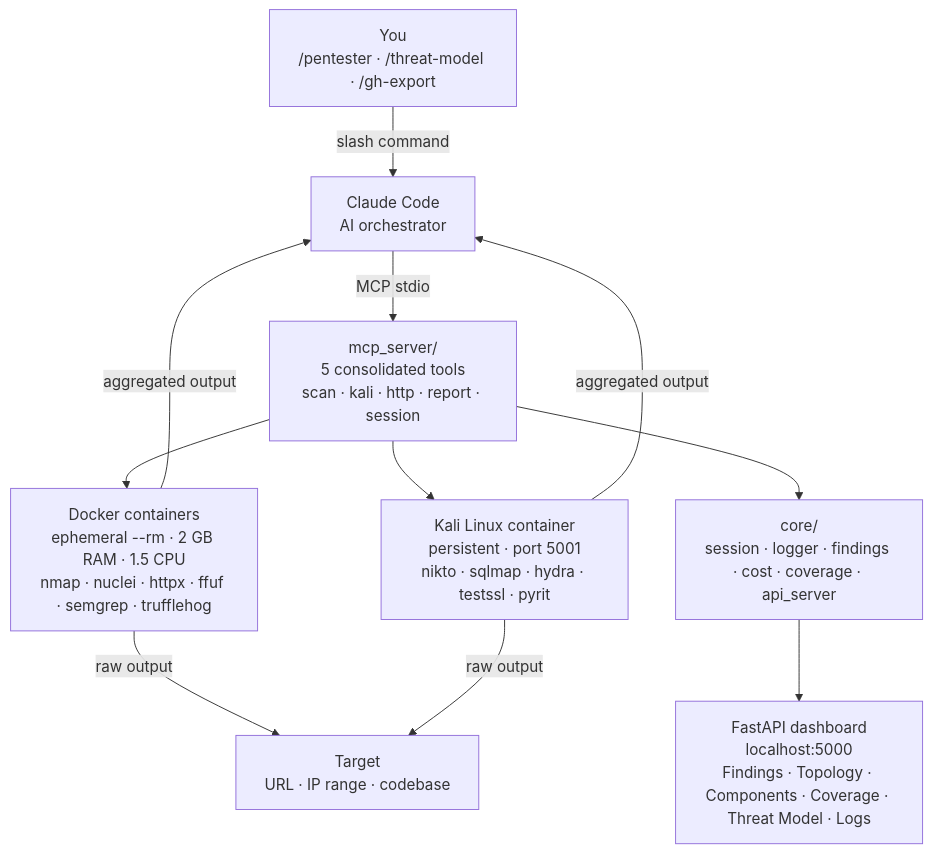
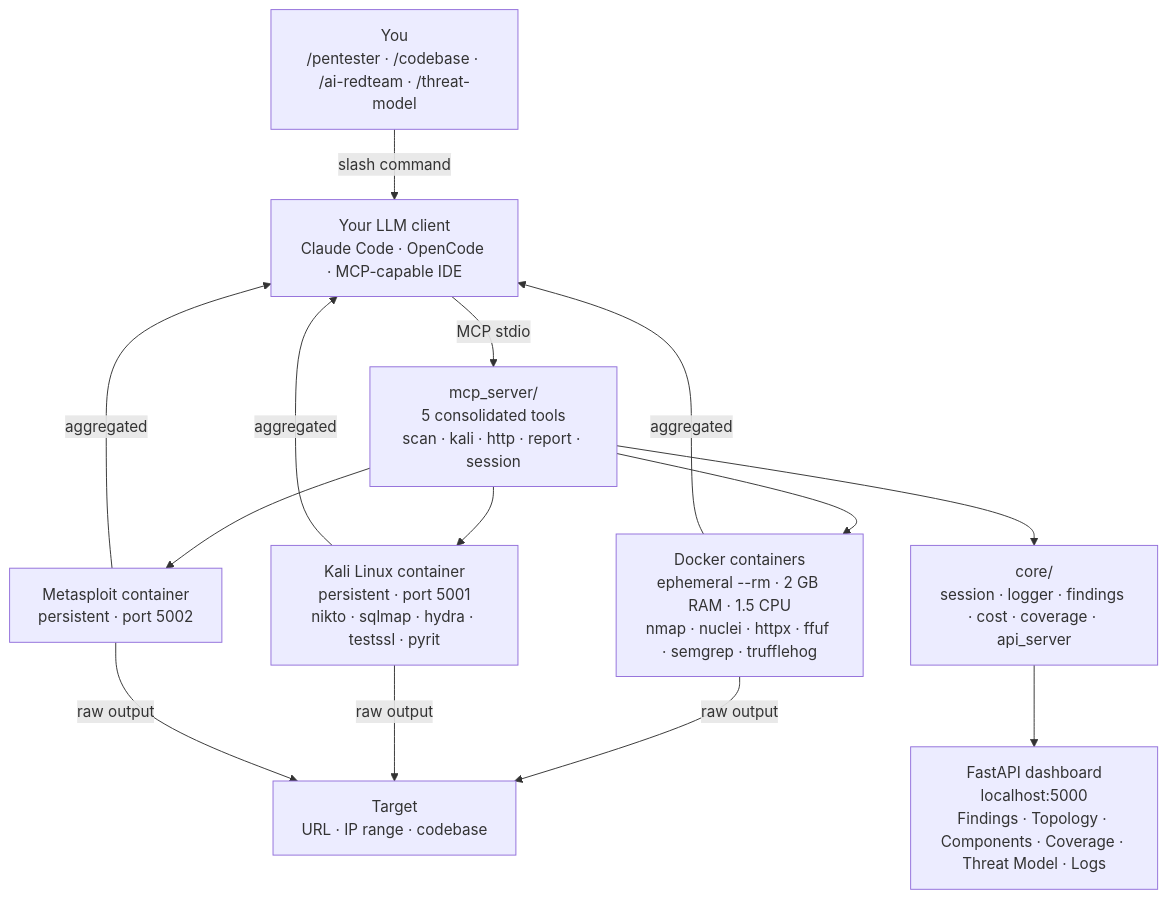
Before and after one commit to starredjaco/agent-smith: the first of 2 diagrams in README.md, drawn with Mermaid. The commit also changed other lines of this file, not shown here.

First line of the commit message:
add /api-security skill, README rewrite, logo

````diff
--- a/README.md
+++ b/README.md
@@ -31,22 +240,26 @@
 ```mermaid
 flowchart TD
-    User["You\n/pentester · /threat-model · /gh-export"]
-    Claude["Claude Code\nAI orchestrator"]
-    MCP["mcp_server/\n5 consolidated tools\nscan · kali · http · report · session"]
-    Docker["Docker containers\nephemeral --rm · 2 GB RAM · 1.5 CPU\nnmap · nuclei · httpx · ffuf · semgrep · trufflehog"]
-    Kali["Kali Linux container\npersistent · port 5001\nnikto · sqlmap · hydra · testssl · pyrit"]
-    Core["core/\nsession · logger · findings · cost · coverage · api_server"]
-    Dashboard["FastAPI dashboard\nlocalhost:5000\nFindings · Topology · Components · Coverage · Threat Model · Logs"]
-    Target["Target\nURL · IP range · codebase"]
+    User["You<br/>/pentester · /codebase · /ai-redteam · /threat-model"]
+    Agent["Your LLM client<br/>Claude Code · OpenCode · MCP-capable IDE"]
+    MCP["mcp_server/<br/>5 consolidated tools<br/>scan · kali · http · report · session"]
+    Docker["Docker containers<br/>ephemeral --rm · 2 GB RAM · 1.5 CPU<br/>nmap · nuclei · httpx · ffuf · semgrep · trufflehog"]
+    Kali["Kali Linux container<br/>persistent · port 5001<br/>nikto · sqlmap · hydra · testssl · pyrit"]
+    Msf["Metasploit container<br/>persistent · port 5002"]
+    Core["core/<br/>session · logger · findings · cost · coverage · api_server"]
+    Dashboard["FastAPI dashboard<br/>localhost:5000<br/>Findings · Topology · Components · Coverage · Threat Model · Logs"]
+    Target["Target<br/>URL · IP range · codebase"]
 
-    User -->|slash command| Claude
-    Claude -->|MCP stdio| MCP
+    User -->|slash command| Agent
+    Agent -->|MCP stdio| MCP
     MCP --> Docker
     MCP --> Kali
+    MCP --> Msf
     MCP --> Core
     Core --> Dashboard
     Docker -->|raw output| Target
-    Kali -->|raw output| Target
-    Docker -->|aggregated output| Claude
-    Kali -->|aggregated output| Claude
+    Kali  -->|raw output| Target
+    Msf   -->|raw output| Target
+    Docker -->|aggregated| Agent
+    Kali   -->|aggregated| Agent
+    Msf    -->|aggregated| Agent
 ```
````
